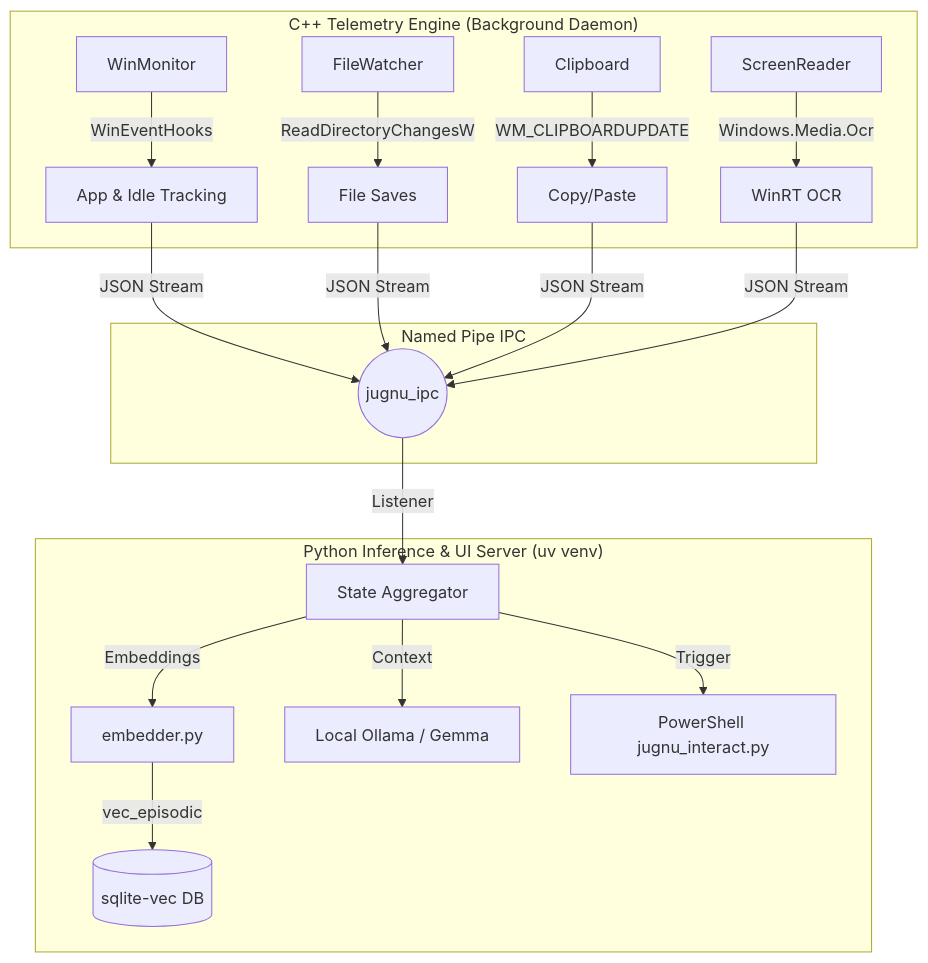
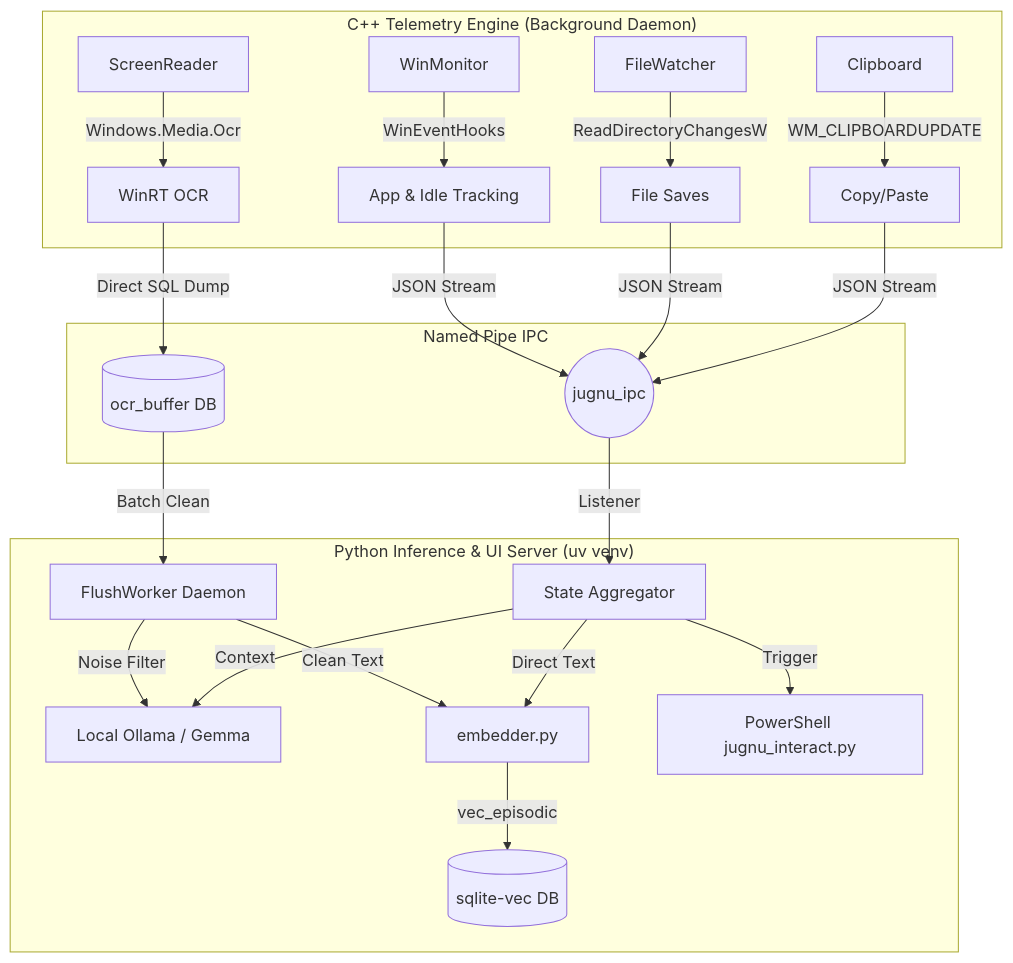
The diagram in README.md (UllasDas004/Jugnu-on-device-AI-buddy), drawn with Mermaid before and after one commit. The commit also changed other lines of this file and 13 other files, not shown here.

````diff
--- a/README.md
+++ b/README.md
@@ -20,24 +20,27 @@
 ```mermaid
 graph TD
     subgraph "C++ Telemetry Engine (Background Daemon)"
         W[WinMonitor] -->|WinEventHooks| AppSwitch[App & Idle Tracking]
         FW[FileWatcher] -->|ReadDirectoryChangesW| FileMonitor[File Saves]
         CB[Clipboard] -->|WM_CLIPBOARDUPDATE| ClipTracker[Copy/Paste]
         SR[ScreenReader] -->|Windows.Media.Ocr| ScreenReader[WinRT OCR]
     end
 
     subgraph "Named Pipe IPC"
         AppSwitch -->|JSON Stream| Pipe((jugnu_ipc))
         FileMonitor -->|JSON Stream| Pipe
         ClipTracker -->|JSON Stream| Pipe
-        ScreenReader -->|JSON Stream| Pipe
+        ScreenReader -->|Direct SQL Dump| OCRBuffer[(ocr_buffer DB)]
     end
 
     subgraph "Python Inference & UI Server (uv venv)"
         Pipe -->|Listener| StateManager[State Aggregator]
-        StateManager -->|Embeddings| Embedder[embedder.py]
+        OCRBuffer -->|Batch Clean| FlushWorker[FlushWorker Daemon]
+        FlushWorker -->|Noise Filter| AIEngine[Local Ollama / Gemma]
+        FlushWorker -->|Clean Text| Embedder[embedder.py]
+        StateManager -->|Direct Text| Embedder
         Embedder -->|vec_episodic| SQLiteVec[(sqlite-vec DB)]
-        StateManager -->|Context| AIEngine[Local Ollama / Gemma]
+        StateManager -->|Context| AIEngine
         StateManager -->|Trigger| TerminalUI[PowerShell jugnu_interact.py]
     end
 ```
````
